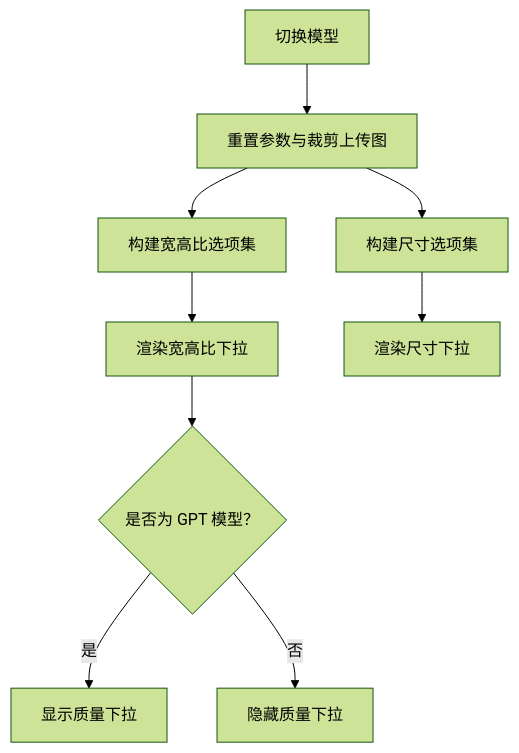
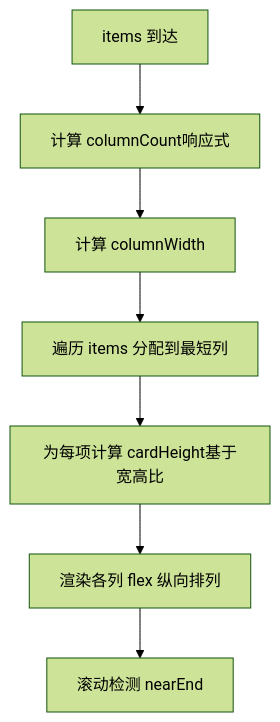
Before and after one commit to billye220670/AIShop: the fourth of 10 diagrams in .qoder/repowiki/zh/content/图像生成功能/图像面板组件.md, drawn with Mermaid (forest theme). The commit also changed other lines of this file and 135 other files, not shown here.

````diff
--- a/.qoder/repowiki/zh/content/图像生成功能/图像面板组件.md
+++ b/.qoder/repowiki/zh/content/图像生成功能/图像面板组件.md
@@ -177,11 +207,9 @@
 ```mermaid
 flowchart TD
-SelectModel["切换模型"] --> ResetParams["重置参数与裁剪上传图"]
-ResetParams --> BuildAR["构建宽高比选项集"]
-ResetParams --> BuildSize["构建尺寸选项集"]
-BuildAR --> RenderAR["渲染宽高比下拉"]
-BuildSize --> RenderSize["渲染尺寸下拉"]
-RenderAR --> QualityCheck{"是否为 GPT 模型？"}
-QualityCheck --> |是| ShowQuality["显示质量下拉"]
-QualityCheck --> |否| HideQuality["隐藏质量下拉"]
+A["items 到达"] --> B["计算 columnCount响应式"]
+B --> C["计算 columnWidth"]
+C --> D["遍历 items 分配到最短列"]
+D --> E["为每项计算 cardHeight基于宽高比"]
+E --> F["渲染各列 flex 纵向排列"]
+F --> G["滚动检测 nearEnd"]
 ```
````
